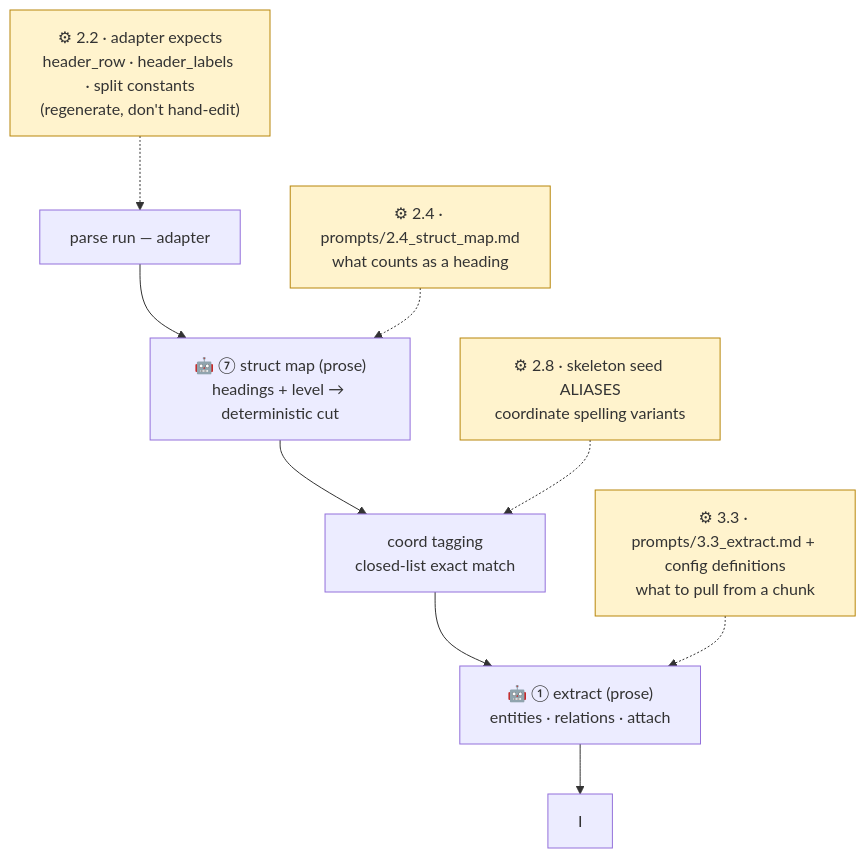
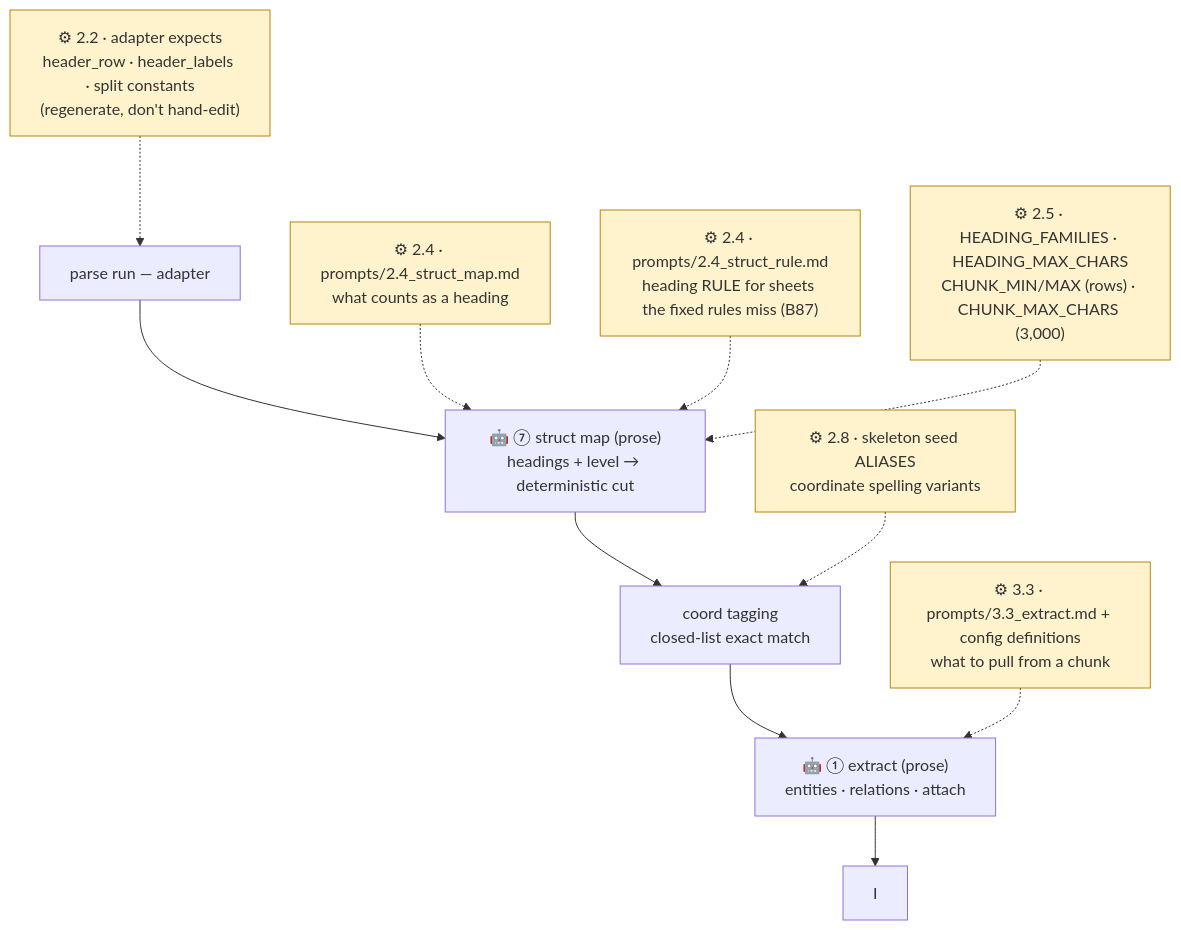
The second of 4 diagrams in docs/구조도/05_조절_지도.md (playjae0/ontology_system), drawn with Mermaid before and after one commit. The commit also changed 33 other files, not shown here.

````diff
--- a/docs/구조도/05_조절_지도.md
+++ b/docs/구조도/05_조절_지도.md
@@ -40,13 +40,15 @@
 ```mermaid
 flowchart TD
   G["parse run — adapter"] --> G2["🤖 ⑦ struct map (prose)<br/>headings + level → deterministic cut"]
   G2 --> H["coord tagging<br/>closed-list exact match"]
   H --> X["🤖 ① extract (prose)<br/>entities · relations · attach"]
   X --> I
 
   Q0["⚙ 2.2 · adapter expects<br/>header_row · header_labels · split constants<br/>(regenerate, don't hand-edit)"]:::knob -.-> G
   Q7["⚙ 2.4 · prompts/2.4_struct_map.md<br/>what counts as a heading"]:::knob -.-> G2
+  Q9["⚙ 2.4 · prompts/2.4_struct_rule.md<br/>heading RULE for sheets the fixed rules miss (B87)"]:::knob -.-> G2
+  Q10["⚙ 2.5 · HEADING_FAMILIES · HEADING_MAX_CHARS<br/>CHUNK_MIN/MAX (rows) · CHUNK_MAX_CHARS (3,000)"]:::knob -.-> G2
   Q1["⚙ 2.8 · skeleton seed ALIASES<br/>coordinate spelling variants"]:::knob -.-> H
   Q8["⚙ 3.3 · prompts/3.3_extract.md + config definitions<br/>what to pull from a chunk"]:::knob -.-> X
   classDef knob fill:#fff3cd,stroke:#b8860b
 ```
````
